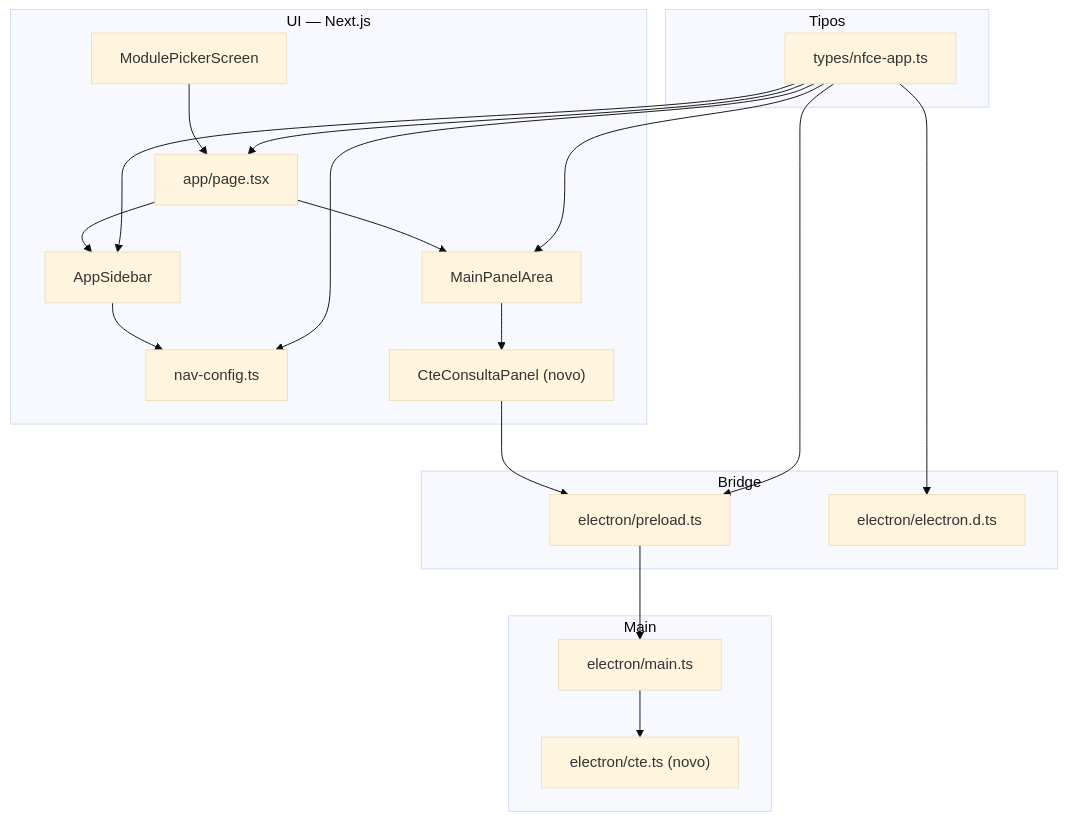
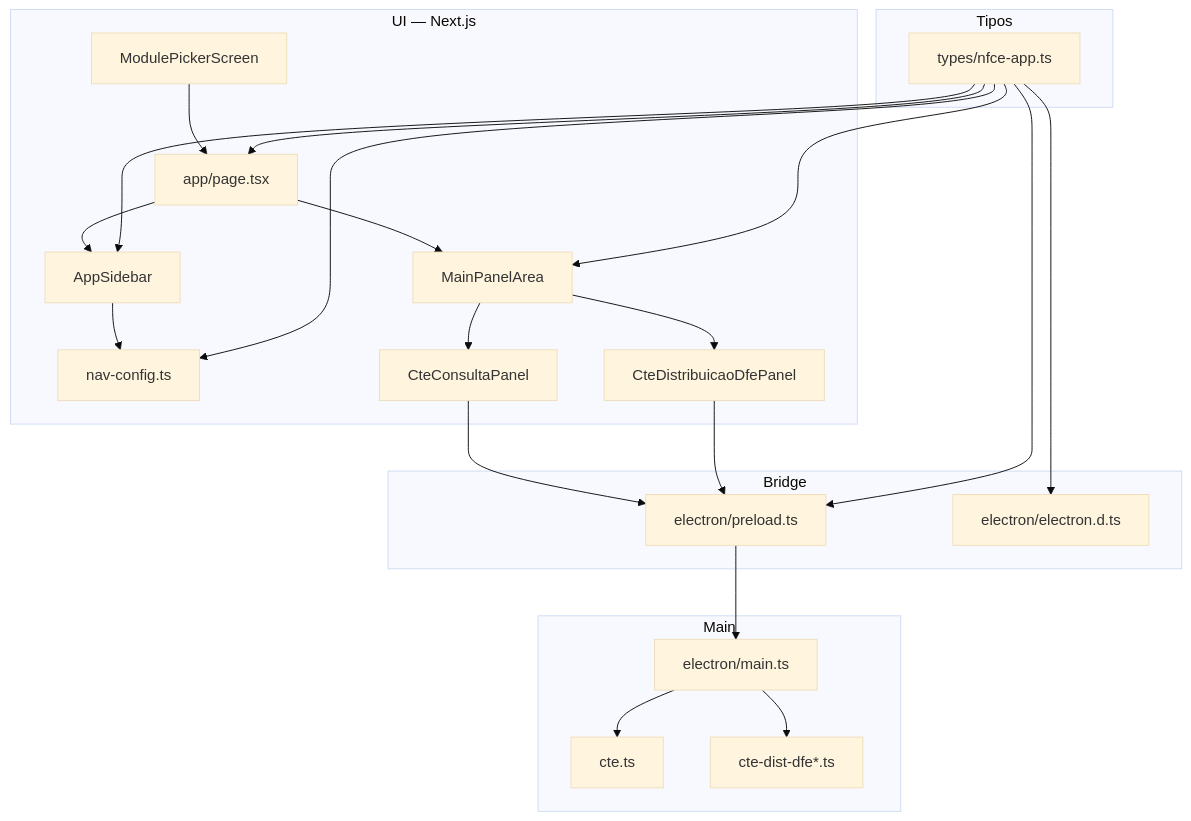
One commit to vitorkloy/Escrituracao-Fiscal changed the second of 3 diagrams in docs/INTEGRACAO-MODULO-CTE.md. Above: the diagram before and after it, drawn with Mermaid (base theme). The commit also changed other lines of this file and 6 other files, not shown here.

````diff
--- a/docs/INTEGRACAO-MODULO-CTE.md
+++ b/docs/INTEGRACAO-MODULO-CTE.md
@@ -34,36 +34,41 @@
 ```mermaid
 flowchart TB
   subgraph ui["UI — Next.js"]
     MP["ModulePickerScreen"]
     PG["app/page.tsx"]
     SB["AppSidebar"]
     NAV["nav-config.ts"]
     MPA["MainPanelArea"]
-    PNL["CteConsultaPanel (novo)"]
+    PNC["CteConsultaPanel"]
+    PND["CteDistribuicaoDfePanel"]
   end
   subgraph types["Tipos"]
     T["types/nfce-app.ts"]
   end
   subgraph bridge["Bridge"]
     PL["electron/preload.ts"]
     DT["electron/electron.d.ts"]
   end
   subgraph main["Main"]
     MN["electron/main.ts"]
-    CT["electron/cte.ts (novo)"]
+    CT["cte.ts"]
+    CD["cte-dist-dfe*.ts"]
   end
   MP --> PG
   PG --> SB
   PG --> MPA
   SB --> NAV
-  MPA --> PNL
-  PNL --> PL
+  MPA --> PNC
+  MPA --> PND
+  PNC --> PL
+  PND --> PL
   PL --> MN
   MN --> CT
+  MN --> CD
   T --> PG
   T --> SB
   T --> NAV
   T --> MPA
   T --> PL
   T --> DT
 ```
````
